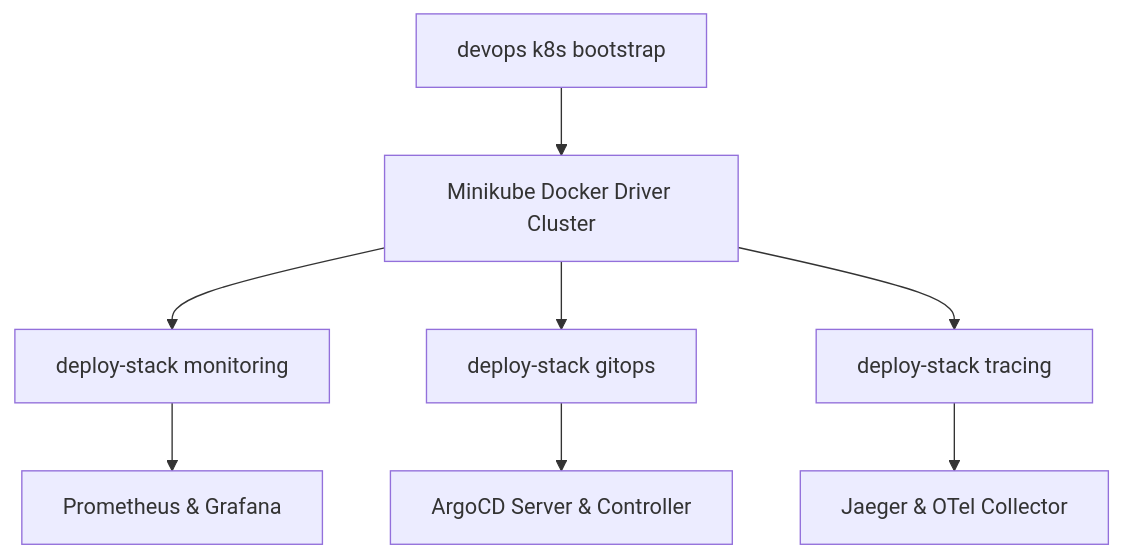
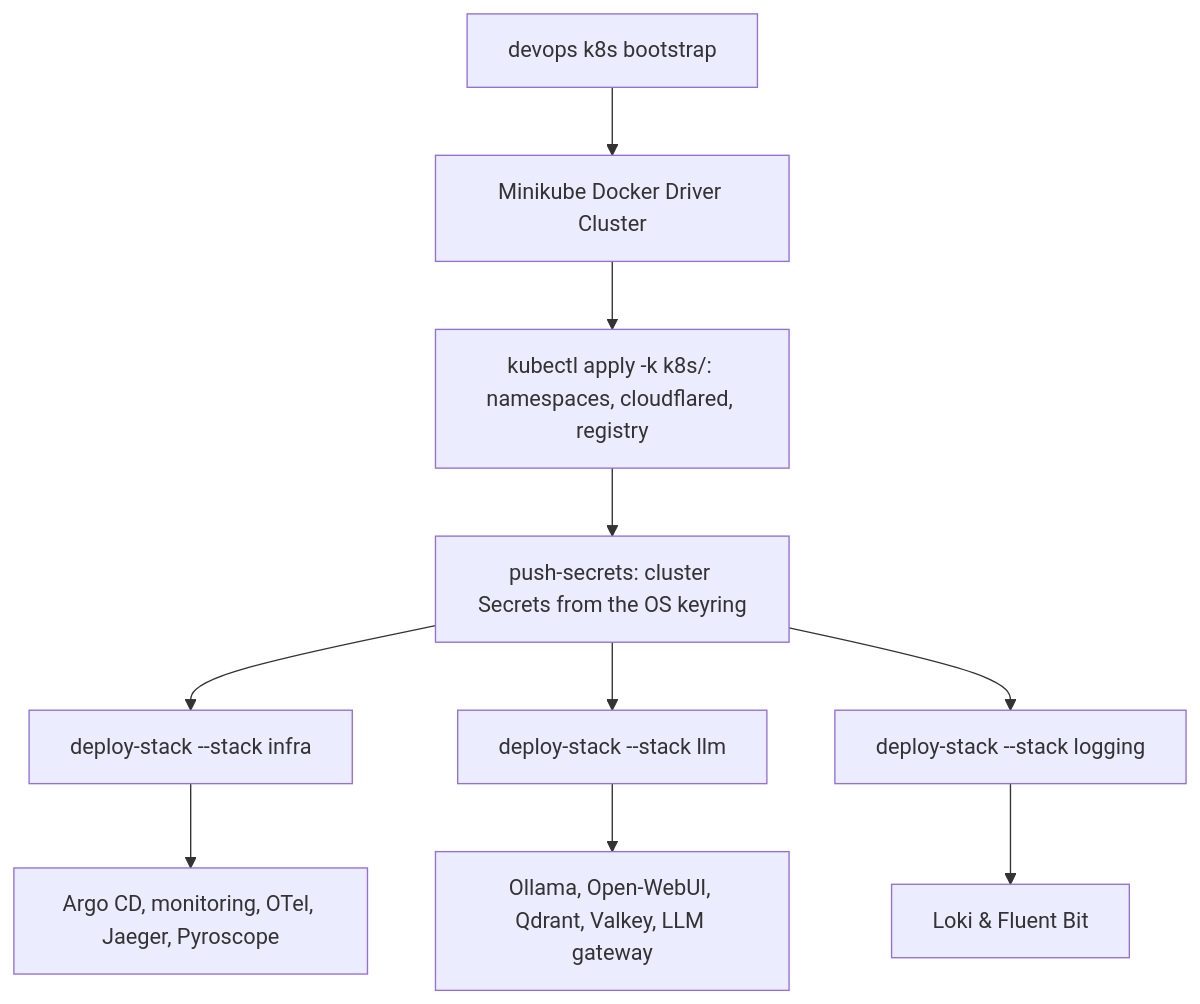
The diagram in src/devops_cli/ai/knowledge_base/devops_cli/tasks/k8s_stack_deployment.md (dan-petty/devops-cli), drawn with Mermaid before and after one commit. The commit also changed other lines of this file and 69 other files, not shown here.

Commit message:
feat(k8s): devops-cli runs in the cluster as jobs, and every cluster secret is pushed from the keyring (#741)

````diff
--- a/src/devops_cli/ai/knowledge_base/devops_cli/tasks/k8s_stack_deployment.md
+++ b/src/devops_cli/ai/knowledge_base/devops_cli/tasks/k8s_stack_deployment.md
@@ -11,10 +11,12 @@
 ```mermaid
 graph TD
     A[devops k8s bootstrap] --> B[Minikube Docker Driver Cluster]
-    B --> C[deploy-stack monitoring]
-    B --> D[deploy-stack gitops]
-    B --> E[deploy-stack tracing]
-    C --> F[Prometheus & Grafana]
-    D --> G[ArgoCD Server & Controller]
-    E --> H[Jaeger & OTel Collector]
+    B --> N[kubectl apply -k k8s/: namespaces, cloudflared, registry]
+    N --> S[push-secrets: cluster Secrets from the OS keyring]
+    S --> C[deploy-stack --stack infra]
+    S --> D[deploy-stack --stack llm]
+    S --> E[deploy-stack --stack logging]
+    C --> F[Argo CD, monitoring, OTel, Jaeger, Pyroscope]
+    D --> G[Ollama, Open-WebUI, Qdrant, Valkey, LLM gateway]
+    E --> H[Loki & Fluent Bit]
 ```
````
